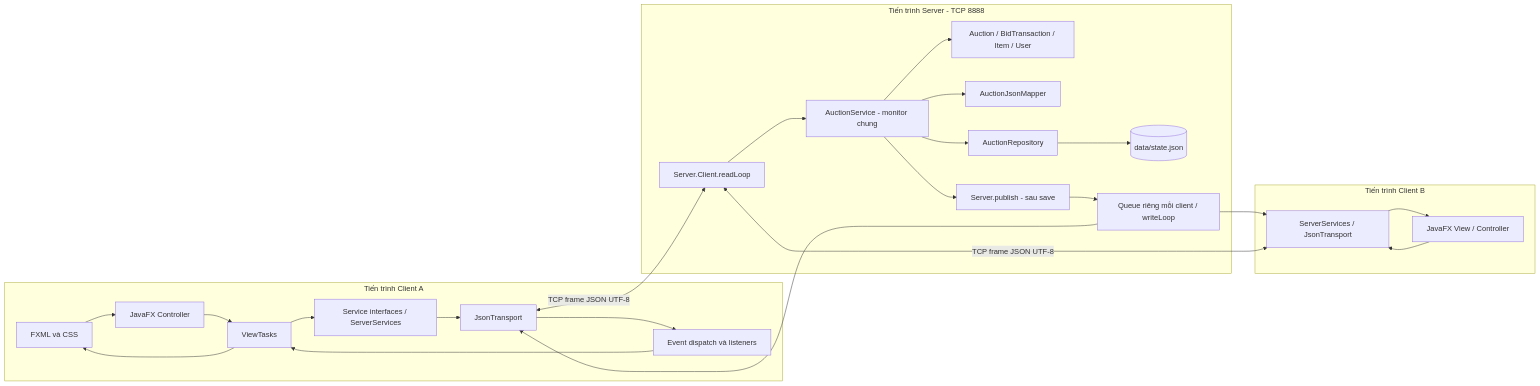
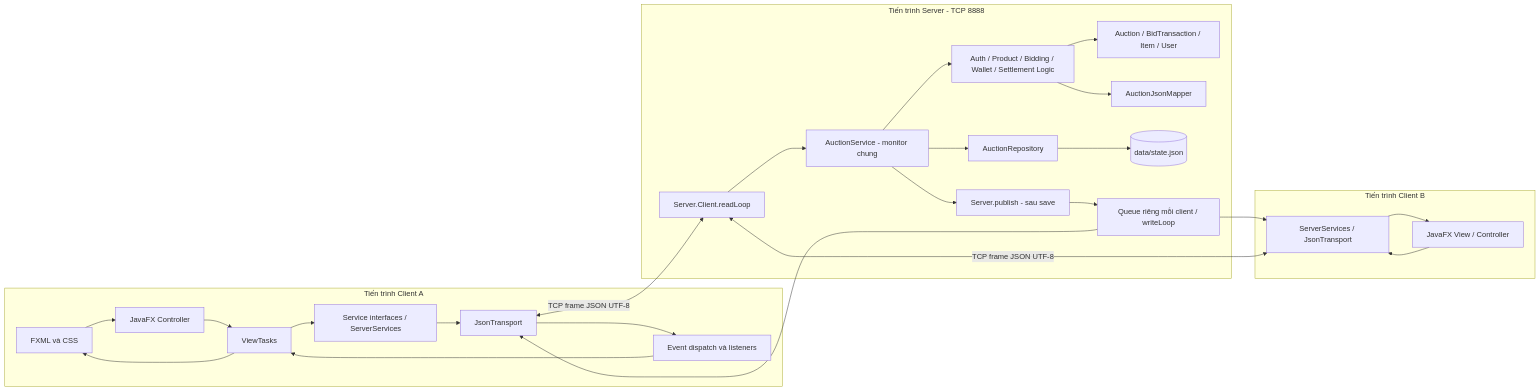
The first of 4 diagrams in docs/viva/ARCHITECTURE.md (hgiang757/Bai-Tap-Lon), drawn with Mermaid before and after one commit. The commit also changed other lines of this file and 40 other files, not shown here.

````diff
--- a/docs/viva/ARCHITECTURE.md
+++ b/docs/viva/ARCHITECTURE.md
@@ -30,29 +32,30 @@
 ```mermaid
 flowchart LR
   subgraph ClientA[Tiến trình Client A]
     VA[FXML và CSS] --> CA[JavaFX Controller]
     CA --> TA[ViewTasks]
     TA --> SA[Service interfaces / ServerServices]
     SA --> NA[JsonTransport]
     NA --> EA[Event dispatch và listeners]
     EA --> TA
     TA --> VA
   end
   subgraph ClientB[Tiến trình Client B]
     VB[JavaFX View / Controller] --> SB[ServerServices / JsonTransport]
     SB --> VB
   end
   subgraph Backend[Tiến trình Server - TCP 8888]
     H[Server.Client.readLoop] --> S[AuctionService - monitor chung]
-    S --> D[Auction / BidTransaction / Item / User]
-    S --> M[AuctionJsonMapper]
+    S --> L[Auth / Product / Bidding / Wallet / Settlement Logic]
+    L --> D[Auction / BidTransaction / Item / User]
+    L --> M[AuctionJsonMapper]
     S --> R[AuctionRepository]
     R --> J[(data/state.json)]
     S --> P[Server.publish - sau save]
     P --> Q[Queue riêng mỗi client / writeLoop]
   end
   NA <-->|TCP frame JSON UTF-8| H
   SB <-->|TCP frame JSON UTF-8| H
   Q --> NA
   Q --> SB
 ```
````
